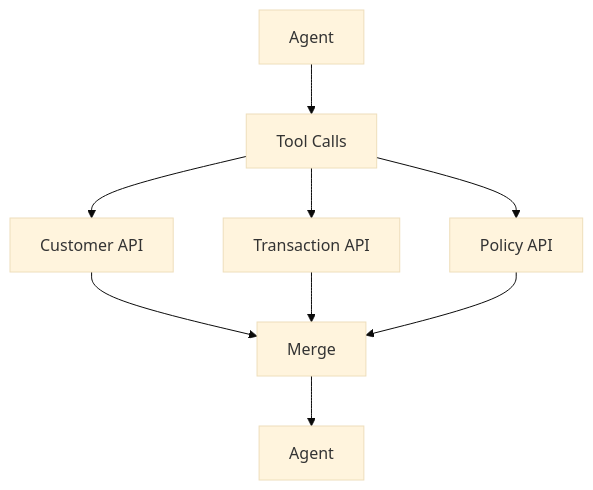
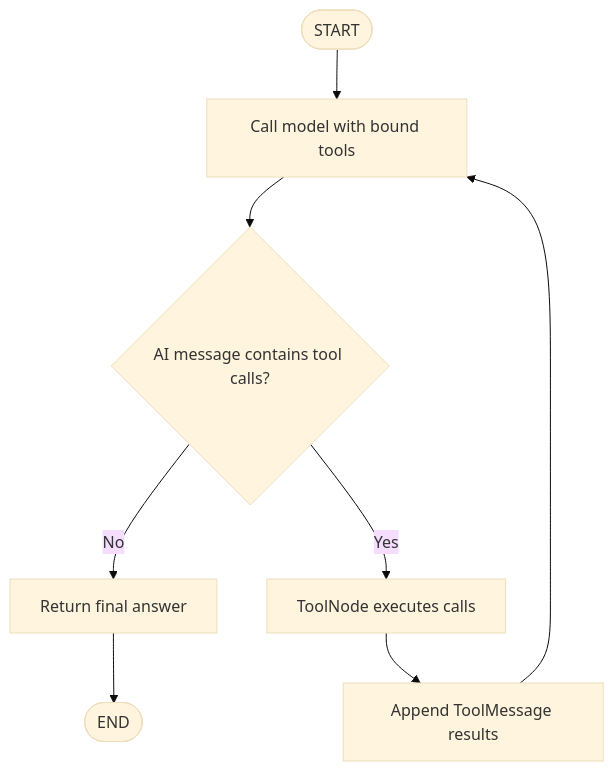
One commit to MihirKJha/enterprise-ai-engineering-handbook changed the second of 5 diagrams in docs/08-ai-engineering-frameworks/langgraph/22-langgraph-tool-execution.md. Above: the diagram before and after it, drawn with Mermaid (base theme). The commit also changed other lines of this file and 10 other files, not shown here.

````diff
--- a/docs/08-ai-engineering-frameworks/langgraph/22-langgraph-tool-execution.md
+++ b/docs/08-ai-engineering-frameworks/langgraph/22-langgraph-tool-execution.md
@@ -1396,19 +113,9 @@
 ```mermaid
 flowchart TD
-
-    A[Agent] --> B[Tool Calls]
-
-    B --> C[Customer API]
-
-    B --> D[Transaction API]
-
-    B --> E[Policy API]
-
-    C --> F[Merge]
-
-    D --> F
-
-    E --> F
-
-    F --> G[Agent]
+    A([START]) --> B[Call model with bound tools]
+    B --> C{AI message contains tool calls?}
+    C -->|No| D[Return final answer] --> E([END])
+    C -->|Yes| F[ToolNode executes calls]
+    F --> G[Append ToolMessage results]
+    G --> B
 ```
````
